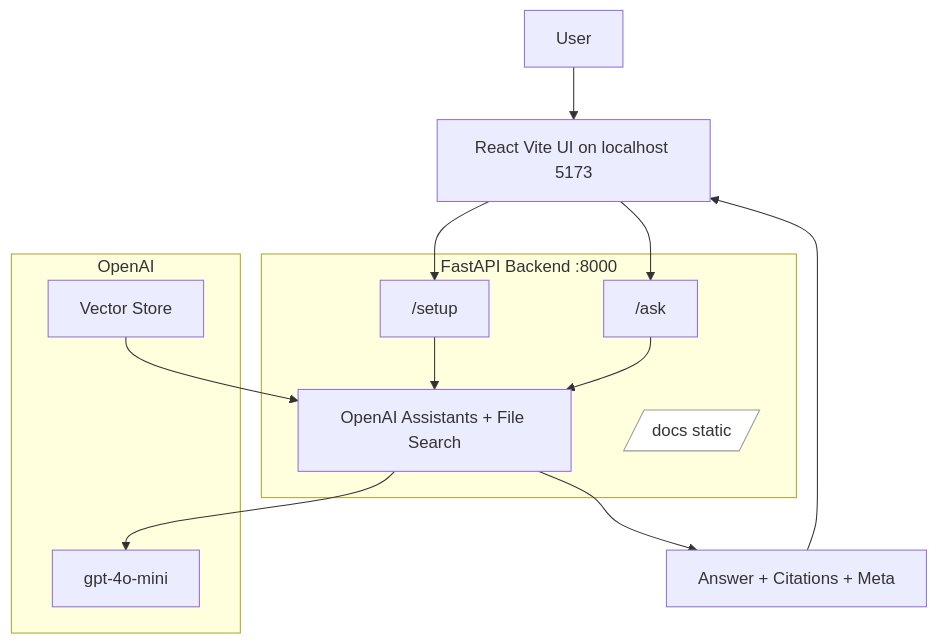
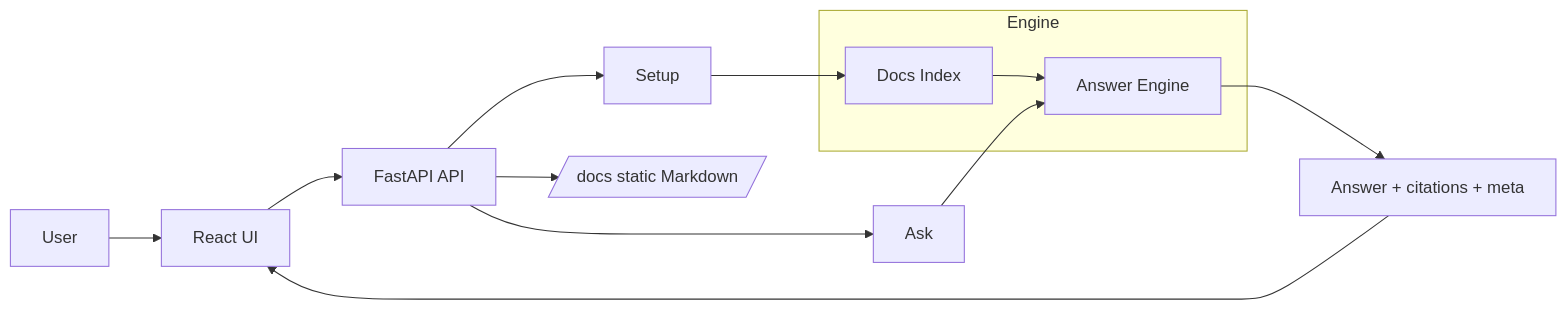
Before and after one commit to abderahmentrabelsi/rag: the diagram in README.md, drawn with Mermaid. The commit also changed other lines of this file, not shown here.

Commit message:
docs: update README to reflect new architecture and features of Cetec ERP Help Assistant

````diff
--- a/README.md
+++ b/README.md
@@ -31,19 +19,17 @@
 ```mermaid
-flowchart TB
-  U[User] --> Vite[React Vite UI on localhost 5173]
-  Vite --> /setup
-  Vite --> /ask
-  subgraph FastAPI[FastAPI Backend :8000]
-    /setup --> OA[OpenAI Assistants + File Search]
-    /ask --> OA
-    Docs[/docs static/]:::docs
+flowchart LR
+  U[User] --> UI[React UI]
+  UI --> API[FastAPI API]
+  API --> Setup[Setup]
+  API --> Ask[Ask]
+
+  subgraph Engine
+    IDX[Docs Index] --> ANS[Answer Engine]
   end
-  subgraph OpenAI
-    VS[Vector Store] --> OA
-    OA --> LLM[gpt-4o-mini]
-  end
-  OA --> Ans[Answer + Citations + Meta]
-  Ans --> Vite
 
-  classDef docs fill:#fff,stroke:#999,color:#333;
+  Setup --> IDX
+  Ask --> ANS
+  ANS --> OUT[Answer + citations + meta]
+  OUT --> UI
+  API --> Docs[/docs static Markdown/]
 ```
````
